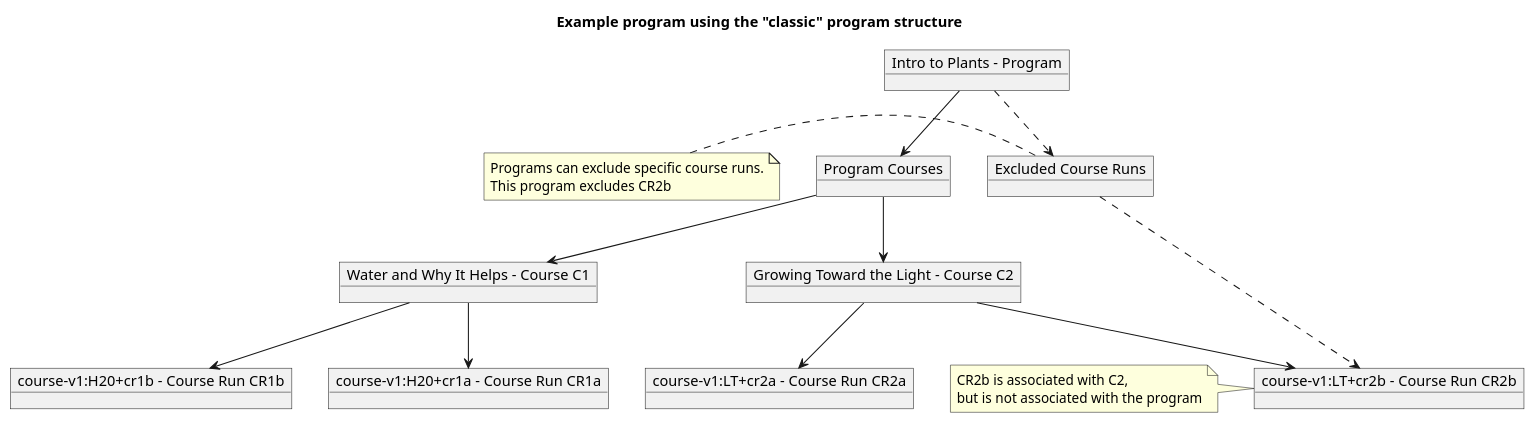
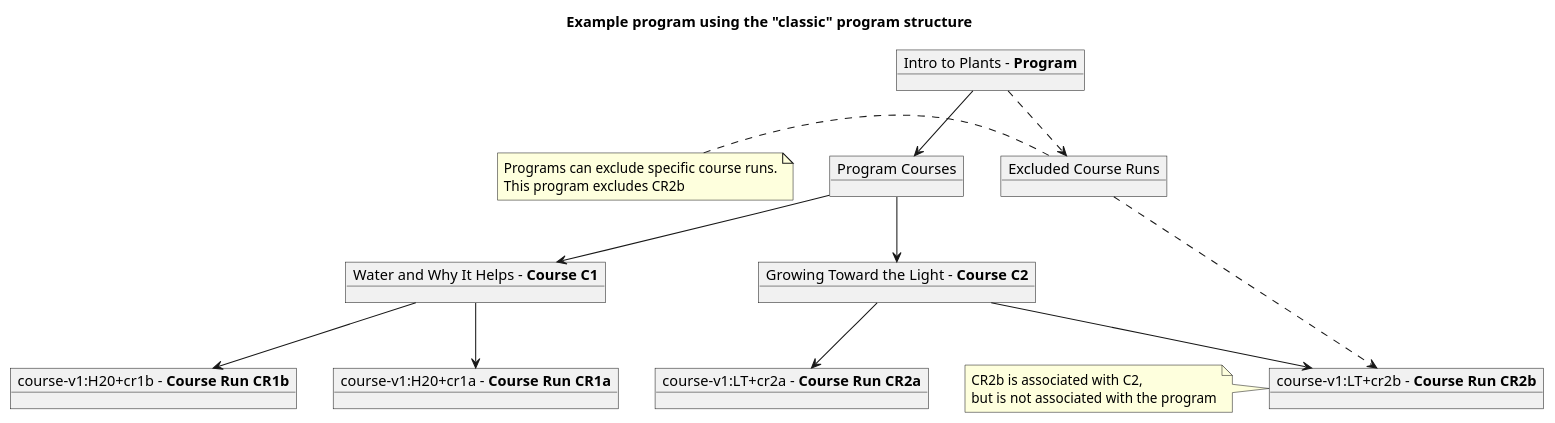
Before and after one commit to Jawayria/registrar: the diagram in docs/images/program-example-classic.puml, drawn with PlantUML. The commit also changed 3 other files, not shown here.

```diff
--- a/docs/images/program-example-classic.puml
+++ b/docs/images/program-example-classic.puml
@@ -1,31 +1,31 @@
 @startuml
 
 title Example program using the "classic" program structure
 
-object "Intro to Plants - Program" as p
+object "Intro to Plants - **Program**" as p
 object "Program Courses" as pc
 object "Excluded Course Runs" as ecr
 
-object "Water and Why It Helps - Course C1" as c1
-object "course-v1:H20+cr1a - Course Run CR1a" as cr1a
-object "course-v1:H20+cr1b - Course Run CR1b" as cr1b
+object "Water and Why It Helps - **Course C1**" as c1
+object "course-v1:H20+cr1a - **Course Run CR1a**" as cr1a
+object "course-v1:H20+cr1b - **Course Run CR1b**" as cr1b
 
-object "Growing Toward the Light - Course C2" as c2
-object "course-v1:LT+cr2a - Course Run CR2a" as cr2a
-object "course-v1:LT+cr2b - Course Run CR2b" as cr2b
+object "Growing Toward the Light - **Course C2**" as c2
+object "course-v1:LT+cr2a - **Course Run CR2a**" as cr2a
+object "course-v1:LT+cr2b - **Course Run CR2b**" as cr2b
 
 p --> pc
 pc --> c1
 pc --> c2
 p ..> ecr
 ecr ..> cr2b
 note left of ecr: Programs can exclude specific course runs.\nThis program excludes CR2b
 
 c1 --> cr1a
 c1 --> cr1b
 
 c2 --> cr2a
 c2 --> cr2b
 note left of cr2b: CR2b is associated with C2,\nbut is not associated with the program
 
 @enduml
```
